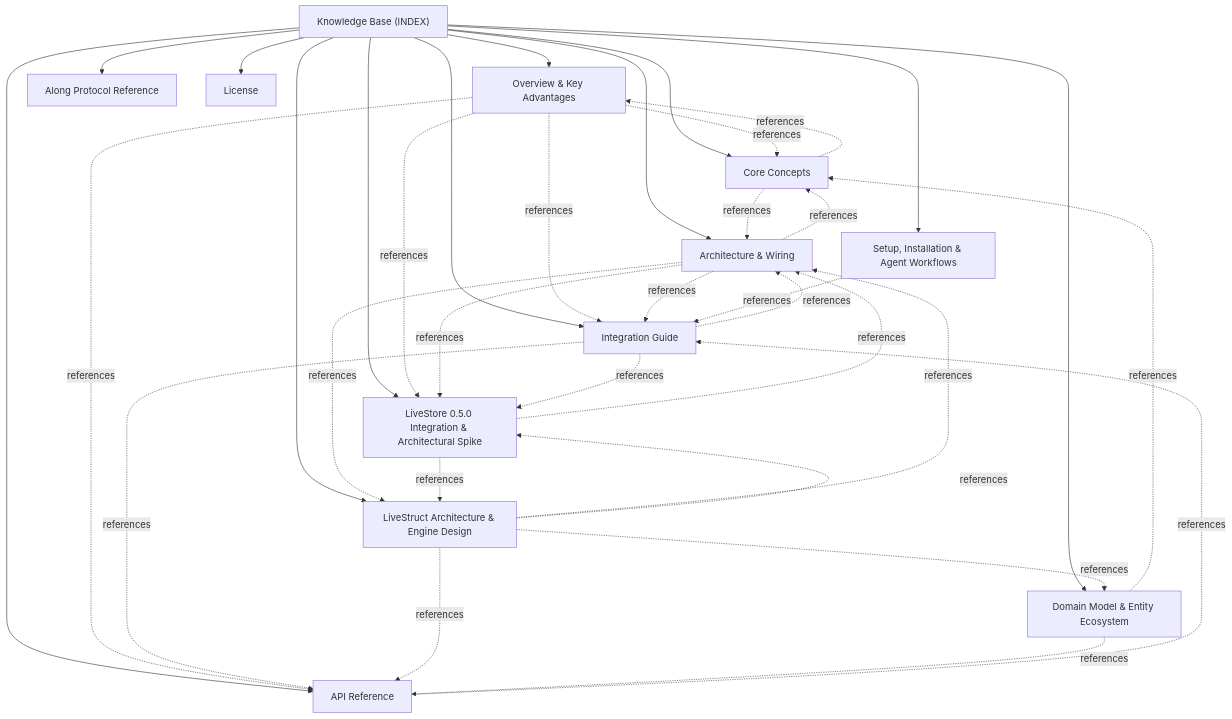
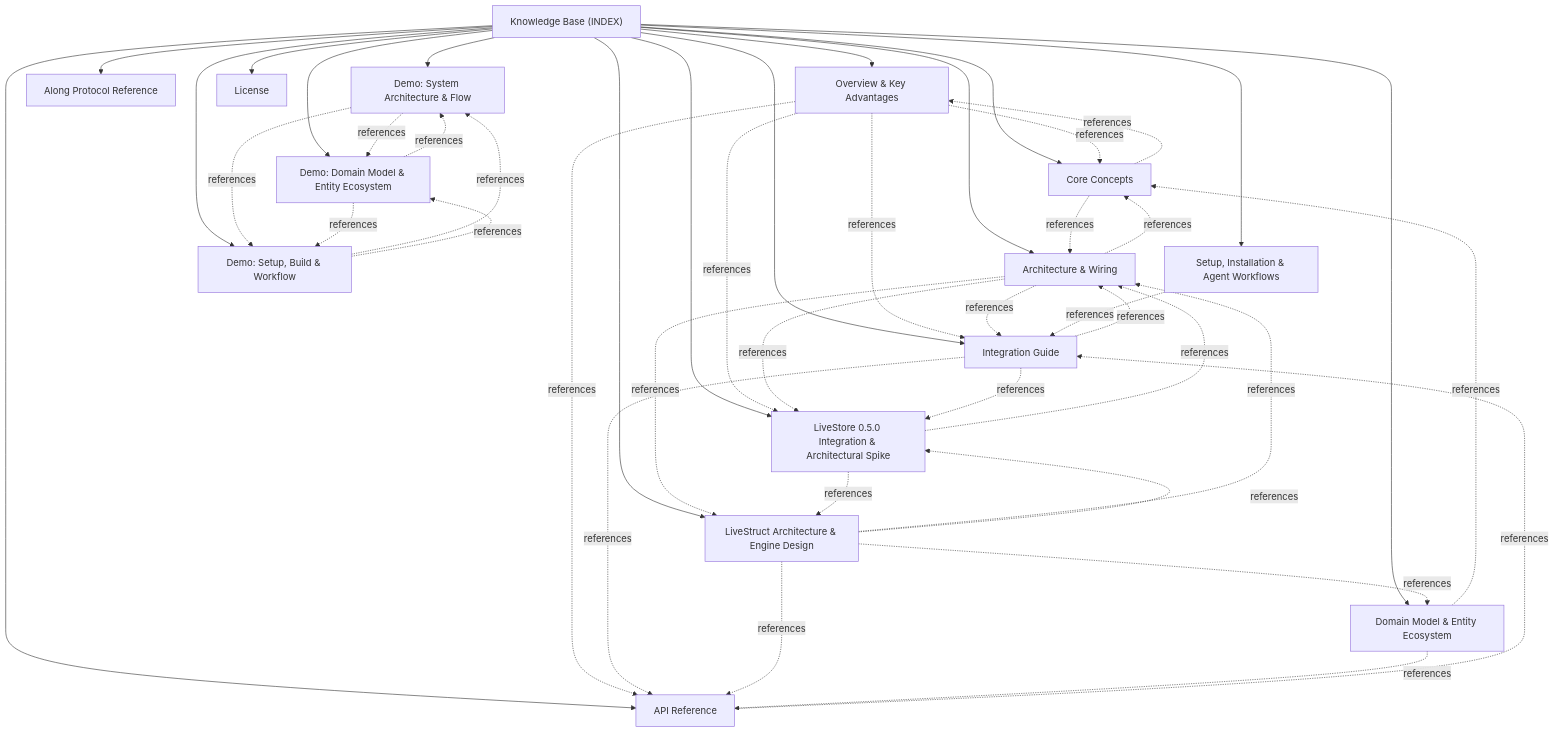
Before and after one commit to actdim/livestruct: the diagram in docs/INDEX.md, drawn with Mermaid. The commit also changed other lines of this file and 57 other files, not shown here.

````diff
--- a/docs/INDEX.md
+++ b/docs/INDEX.md
@@ -17,49 +17,61 @@
 ```mermaid
 flowchart TD
     INDEX["Knowledge Base (INDEX)"]
     T_01_OVERVIEW_AND_ADVANTAGES["Overview & Key Advantages"]
     INDEX --> T_01_OVERVIEW_AND_ADVANTAGES
     T_02_CORE_CONCEPTS["Core Concepts"]
     INDEX --> T_02_CORE_CONCEPTS
     T_03_ARCHITECTURE_AND_WIRING["Architecture & Wiring"]
     INDEX --> T_03_ARCHITECTURE_AND_WIRING
     T_04_INTEGRATION_GUIDE["Integration Guide"]
     INDEX --> T_04_INTEGRATION_GUIDE
     T_05_API_REFERENCE["API Reference"]
     INDEX --> T_05_API_REFERENCE
     T_ALONG_PROTOCOL["Along Protocol Reference"]
     INDEX --> T_ALONG_PROTOCOL
     T_ARCHITECTURE["LiveStruct Architecture & Engine Design"]
     INDEX --> T_ARCHITECTURE
+    T_DEMO_ARCHITECTURE["Demo: System Architecture & Flow"]
+    INDEX --> T_DEMO_ARCHITECTURE
+    T_DEMO_DOMAIN_MODEL["Demo: Domain Model & Entity Ecosystem"]
+    INDEX --> T_DEMO_DOMAIN_MODEL
+    T_DEMO_SETUP_AND_WORKFLOW["Demo: Setup, Build & Workflow"]
+    INDEX --> T_DEMO_SETUP_AND_WORKFLOW
     T_DOMAIN_MODEL["Domain Model & Entity Ecosystem"]
     INDEX --> T_DOMAIN_MODEL
     T_LICENSE["License"]
     INDEX --> T_LICENSE
     T_LIVESTORE_INTEGRATION["LiveStore 0.5.0 Integration & Architectural Spike"]
     INDEX --> T_LIVESTORE_INTEGRATION
     T_SETUP_AND_WORKFLOW["Setup, Installation & Agent Workflows"]
     INDEX --> T_SETUP_AND_WORKFLOW
     T_01_OVERVIEW_AND_ADVANTAGES -.->|references| T_02_CORE_CONCEPTS
     T_01_OVERVIEW_AND_ADVANTAGES -.->|references| T_LIVESTORE_INTEGRATION
     T_01_OVERVIEW_AND_ADVANTAGES -.->|references| T_04_INTEGRATION_GUIDE
     T_01_OVERVIEW_AND_ADVANTAGES -.->|references| T_05_API_REFERENCE
     T_02_CORE_CONCEPTS -.->|references| T_01_OVERVIEW_AND_ADVANTAGES
     T_02_CORE_CONCEPTS -.->|references| T_03_ARCHITECTURE_AND_WIRING
     T_03_ARCHITECTURE_AND_WIRING -.->|references| T_02_CORE_CONCEPTS
     T_03_ARCHITECTURE_AND_WIRING -.->|references| T_04_INTEGRATION_GUIDE
     T_03_ARCHITECTURE_AND_WIRING -.->|references| T_ARCHITECTURE
     T_03_ARCHITECTURE_AND_WIRING -.->|references| T_LIVESTORE_INTEGRATION
     T_04_INTEGRATION_GUIDE -.->|references| T_03_ARCHITECTURE_AND_WIRING
     T_04_INTEGRATION_GUIDE -.->|references| T_05_API_REFERENCE
     T_04_INTEGRATION_GUIDE -.->|references| T_LIVESTORE_INTEGRATION
     T_05_API_REFERENCE -.->|references| T_04_INTEGRATION_GUIDE
     T_ARCHITECTURE -.->|references| T_03_ARCHITECTURE_AND_WIRING
     T_ARCHITECTURE -.->|references| T_DOMAIN_MODEL
     T_ARCHITECTURE -.->|references| T_LIVESTORE_INTEGRATION
     T_ARCHITECTURE -.->|references| T_05_API_REFERENCE
+    T_DEMO_ARCHITECTURE -.->|references| T_DEMO_DOMAIN_MODEL
+    T_DEMO_ARCHITECTURE -.->|references| T_DEMO_SETUP_AND_WORKFLOW
+    T_DEMO_DOMAIN_MODEL -.->|references| T_DEMO_ARCHITECTURE
+    T_DEMO_DOMAIN_MODEL -.->|references| T_DEMO_SETUP_AND_WORKFLOW
+    T_DEMO_SETUP_AND_WORKFLOW -.->|references| T_DEMO_ARCHITECTURE
+    T_DEMO_SETUP_AND_WORKFLOW -.->|references| T_DEMO_DOMAIN_MODEL
     T_DOMAIN_MODEL -.->|references| T_02_CORE_CONCEPTS
     T_DOMAIN_MODEL -.->|references| T_05_API_REFERENCE
     T_LIVESTORE_INTEGRATION -.->|references| T_ARCHITECTURE
     T_LIVESTORE_INTEGRATION -.->|references| T_03_ARCHITECTURE_AND_WIRING
     T_SETUP_AND_WORKFLOW -.->|references| T_04_INTEGRATION_GUIDE
 ```
````
